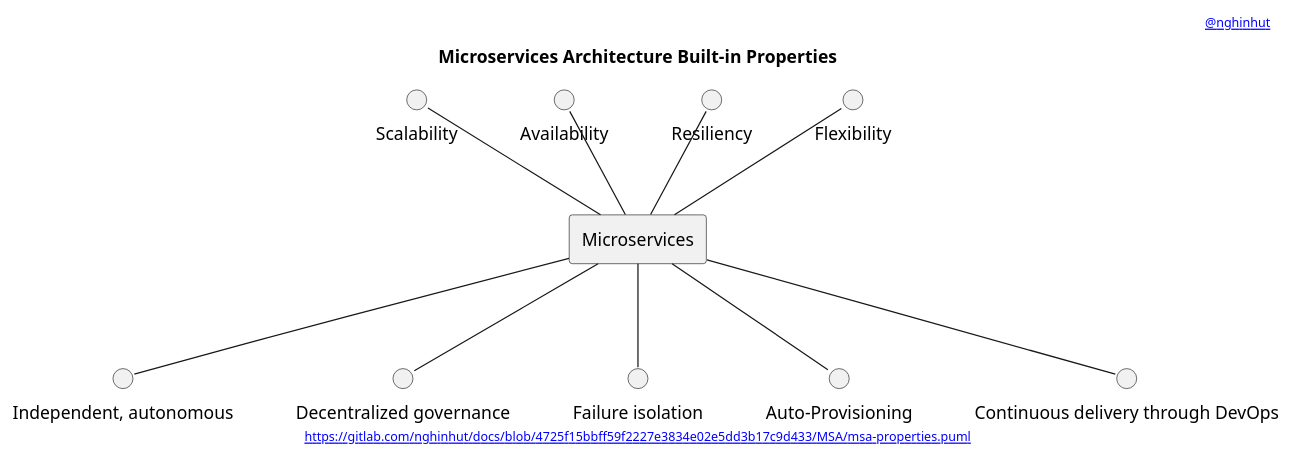
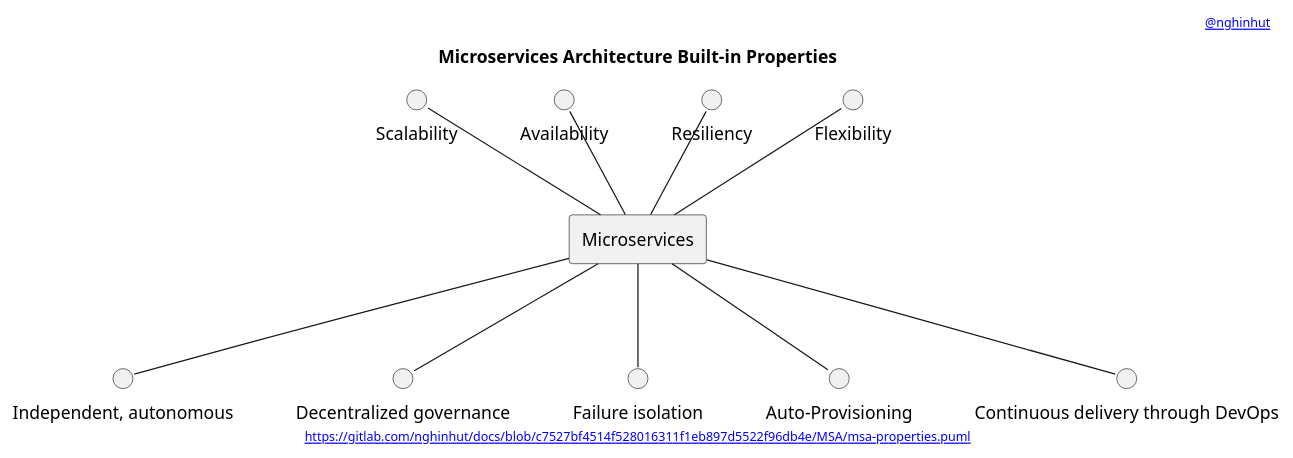
The diagram in MSA/msa-properties.puml (nghinhut/docs), drawn with PlantUML before and after one commit. The commit also changed 17 other files, not shown here.

Commit message:
Update diagrams

```diff
--- a/MSA/msa-properties.puml
+++ b/MSA/msa-properties.puml
@@ -1,31 +1,31 @@
 @startuml
 '-----START auto generated metadata please keep comment here to allow auto update-----
 '-----DON'T EDIT THIS SECTION, INSTEAD RE-RUN prebuild.sh TO UPDATE-----
 header [[mailto:nghinhut@gmail.com @nghinhut]]
-footer [[http://www.plantuml.com/plantuml/proxy?fmt=svg&src=https://gitlab.com/nghinhut/docs/raw/4725f15bbff59f2227e3834e02e5dd3b17c9d433/MSA/msa-properties.puml https://gitlab.com/nghinhut/docs/blob/4725f15bbff59f2227e3834e02e5dd3b17c9d433/MSA/msa-properties.puml]]
+footer [[http://www.plantuml.com/plantuml/proxy?fmt=svg&src=https://gitlab.com/nghinhut/docs/raw/c7527bf4514f528016311f1eb897d5522f96db4e/MSA/msa-properties.puml https://gitlab.com/nghinhut/docs/blob/c7527bf4514f528016311f1eb897d5522f96db4e/MSA/msa-properties.puml]]
 '-----END auto generated metadata please keep comment here to allow auto update-----
 title Microservices Architecture Built-in Properties
 
 rectangle "Microservices" as msa
 
 circle "Scalability" as scalability
 circle "Availability" as availability
 circle "Resiliency" as resiliency
 circle "Flexibility" as flexibility
 circle "Independent, autonomous" as independent_autonomous
 circle "Decentralized governance" as decentralized_governance
 circle "Failure isolation" as failure_isolation
 circle "Auto-Provisioning" as auto_provisioning
 circle "Continuous delivery through DevOps" as cd
 
 scalability -- msa
 availability -- msa
 resiliency -- msa
 flexibility -- msa
 msa -- independent_autonomous
 msa -- decentralized_governance
 msa -- failure_isolation
 msa -- auto_provisioning
 msa -- cd
 
 @enduml
```
